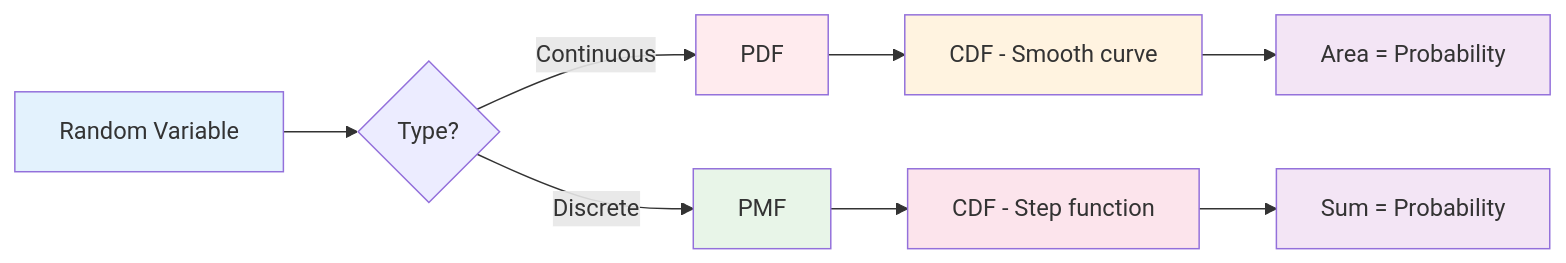
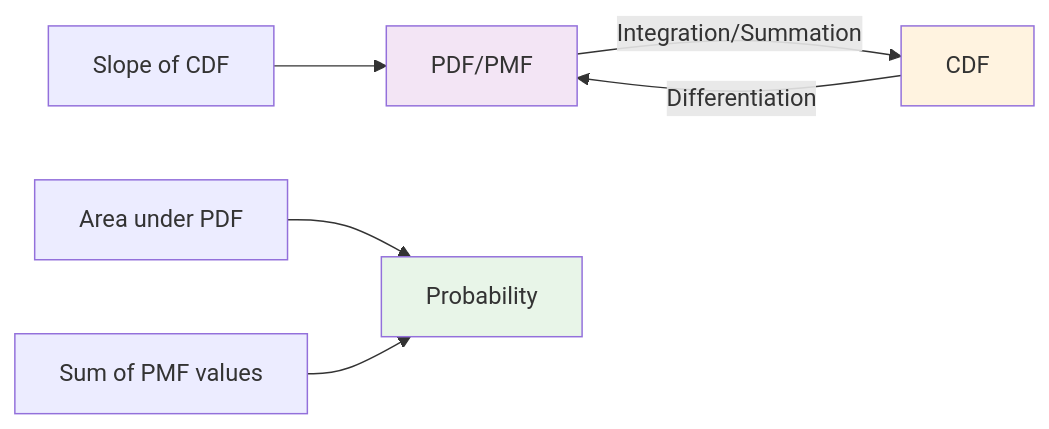
One commit to siddharthkumarrai/Statics changed the tenth of 10 diagrams in Advanced_statistics.md. Above: the diagram before and after it, drawn with Mermaid. The commit also changed other lines of this file, not shown here.

````diff
--- a/Advanced_statistics.md
+++ b/Advanced_statistics.md
@@ -186,18 +364,14 @@
 ```mermaid
 graph LR
-    A[Random Variable] --> B{Type?}
-    B -->|Continuous| C[PDF]
-    B -->|Discrete| D[PMF]
-    C --> E[CDF - Smooth curve]
-    D --> F[CDF - Step function]
-    E --> G[Area = Probability]
-    F --> H[Sum = Probability]
+    A[PDF/PMF] -->|Integration/Summation| B[CDF]
+    B -->|Differentiation| A
     
-    style A fill:#e3f2fd
-    style C fill:#ffebee
+    C[Area under PDF] --> D[Probability]
+    E[Sum of PMF values] --> D
+    
+    F[Slope of CDF] --> A
+    
+    style A fill:#f3e5f5
+    style B fill:#fff3e0
     style D fill:#e8f5e8
-    style E fill:#fff3e0
-    style F fill:#fce4ec
-    style G fill:#f3e5f5
-    style H fill:#f3e5f5
 ```
````
